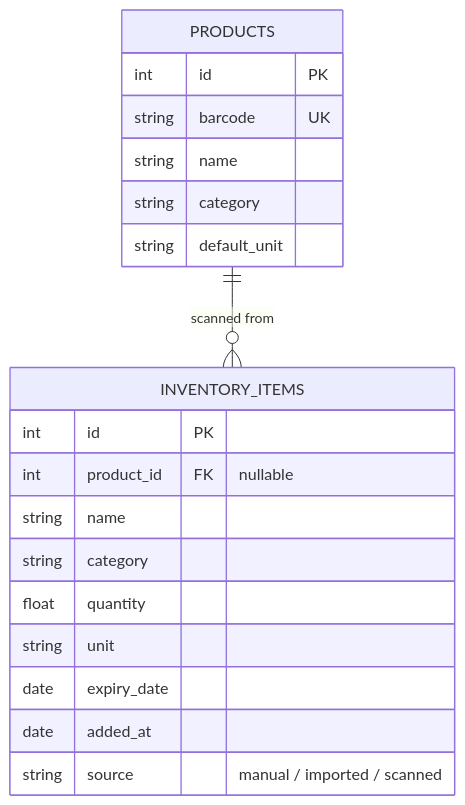
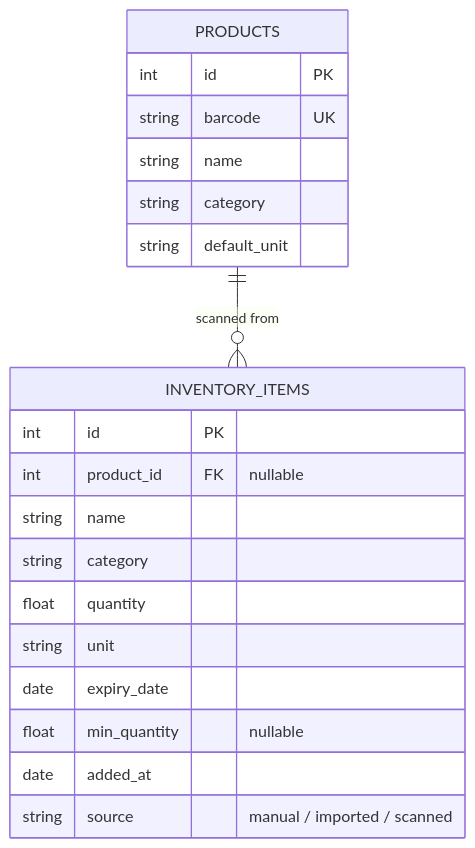
One commit to kili-skiff/pantry-core changed the diagram in docs/data-model.md. Above: the diagram before and after it, drawn with Mermaid.

Commit message:
Add missing min_quantity field to the data model diagram

````diff
--- a/docs/data-model.md
+++ b/docs/data-model.md
@@ -7,24 +7,25 @@
 ```mermaid
 erDiagram
     PRODUCTS ||--o{ INVENTORY_ITEMS : "scanned from"
 
     PRODUCTS {
         int id PK
         string barcode UK
         string name
         string category
         string default_unit
     }
 
     INVENTORY_ITEMS {
         int id PK
         int product_id FK "nullable"
         string name
         string category
         float quantity
         string unit
         date expiry_date
+        float min_quantity "nullable"
         date added_at
         string source "manual / imported / scanned"
     }
 ```
````
